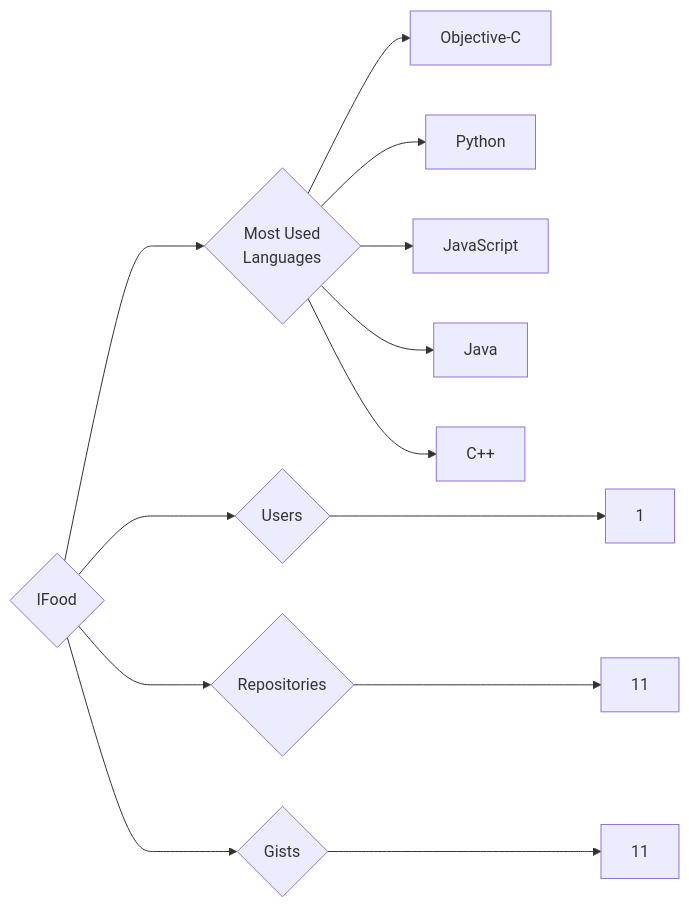
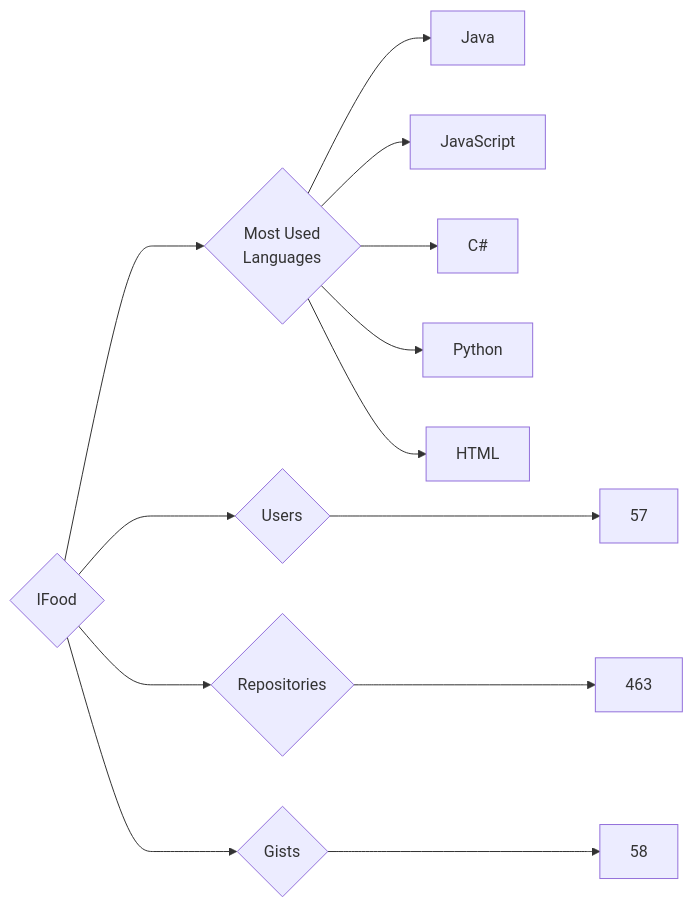
Before and after one commit to trickest/insiders: the diagram in targets/IFood/README.md, drawn with Mermaid. The commit also changed 944 other files, not shown here.

````diff
--- a/targets/IFood/README.md
+++ b/targets/IFood/README.md
@@ -3,13 +3,13 @@
 ```mermaid
 graph LR
 COMPANY_NAME{IFood}
-COMPANY_NAME ---> U{Users} ---> UN[1]
-COMPANY_NAME ---> R{Repositories} ---> RN[11]
-COMPANY_NAME ---> G{Gists} ---> GN[11]
+COMPANY_NAME ---> U{Users} ---> UN[57]
+COMPANY_NAME ---> R{Repositories} ---> RN[463]
+COMPANY_NAME ---> G{Gists} ---> GN[58]
 COMPANY_NAME ---> ML{Most Used<br>Languages}
-ML --> Objective-C[Objective-C]
+ML --> Java[Java]
+ML --> JavaScript[JavaScript]
+ML --> C#[C#]
 ML --> Python[Python]
-ML --> JavaScript[JavaScript]
-ML --> Java[Java]
-ML --> C++[C++]
+ML --> HTML[HTML]
 ```
````
